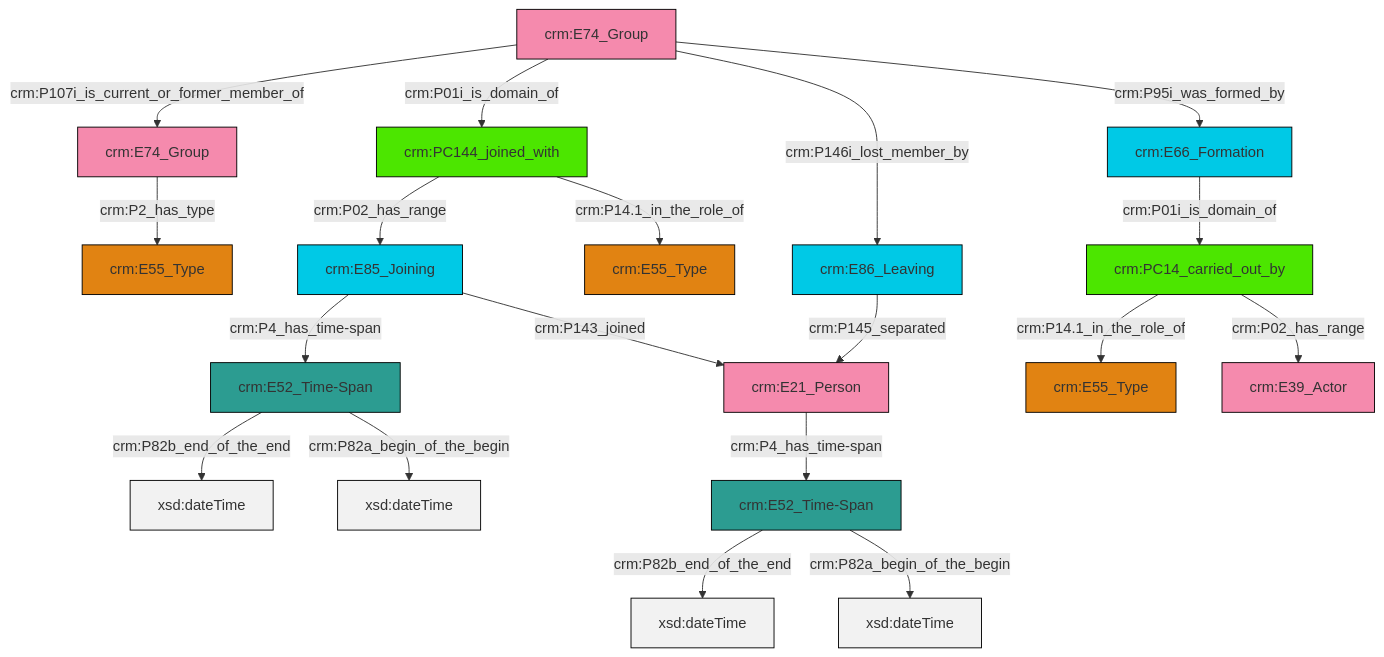
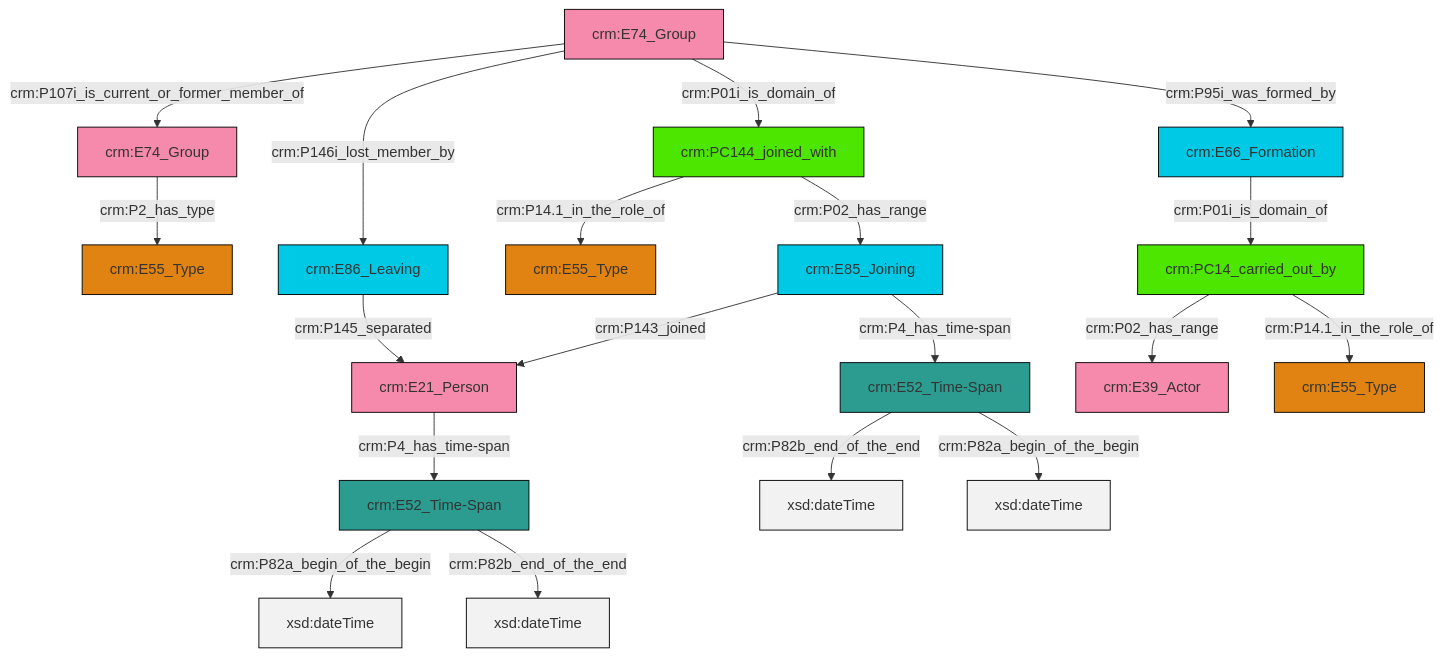
One commit to swiss-art-research-net/reference-data-models changed the diagram in et/groupCSV/ttl/mmd/group_actor_relations.ttl.mmd. Above: the diagram before and after it, drawn with Mermaid. The commit also changed 128 other files, not shown here.

```diff
--- a/et/groupCSV/ttl/mmd/group_actor_relations.ttl.mmd
+++ b/et/groupCSV/ttl/mmd/group_actor_relations.ttl.mmd
@@ -1,33 +1,33 @@
 graph TD
 classDef Literal fill:#f2f2f2,stroke:#000000;
 classDef CRM_Entity fill:#FFFFFF,stroke:#000000;
 classDef Temporal_Entity fill:#00C9E6, stroke:#000000;
 classDef Type fill:#E18312, stroke:#000000;
 classDef Time-Span fill:#2C9C91, stroke:#000000;
 classDef Appellation fill:#FFEB7F, stroke:#000000;
 classDef Place fill:#008836, stroke:#000000;
 classDef Persistent_Item fill:#B266B2, stroke:#000000;
 classDef Conceptual_Object fill:#FFD700, stroke:#000000;
 classDef Physical_Thing fill:#D2B48C, stroke:#000000;
 classDef Actor fill:#f58aad, stroke:#000000;
 classDef PC_Classes fill:#4ce600, stroke:#000000;
 classDef Multi fill:#cccccc,stroke:#000000;
 
+0["crm:PC14_carried_out_by"]:::PC_Classes -->|crm:P02_has_range| 1["crm:E39_Actor"]:::Actor
 2["crm:E52_Time-Span"]:::Time-Span -->|crm:P82b_end_of_the_end| 3[xsd:dateTime]:::Literal
-4["crm:E85_Joining"]:::Temporal_Entity -->|crm:P4_has_time-span| 2["crm:E52_Time-Span"]:::Time-Span
-2["crm:E52_Time-Span"]:::Time-Span -->|crm:P82a_begin_of_the_begin| 5[xsd:dateTime]:::Literal
-6["crm:E21_Person"]:::Actor -->|crm:P4_has_time-span| 7["crm:E52_Time-Span"]:::Time-Span
-10["crm:E74_Group"]:::Actor -->|crm:P01i_is_domain_of| 11["crm:PC144_joined_with"]:::PC_Classes
-10["crm:E74_Group"]:::Actor -->|crm:P95i_was_formed_by| 8["crm:E66_Formation"]:::Temporal_Entity
-15["crm:E74_Group"]:::Actor -->|crm:P2_has_type| 0["crm:E55_Type"]:::Type
-8["crm:E66_Formation"]:::Temporal_Entity -->|crm:P01i_is_domain_of| 18["crm:PC14_carried_out_by"]:::PC_Classes
-10["crm:E74_Group"]:::Actor -->|crm:P146i_lost_member_by| 16["crm:E86_Leaving"]:::Temporal_Entity
-16["crm:E86_Leaving"]:::Temporal_Entity -->|crm:P145_separated| 6["crm:E21_Person"]:::Actor
-7["crm:E52_Time-Span"]:::Time-Span -->|crm:P82b_end_of_the_end| 22[xsd:dateTime]:::Literal
-18["crm:PC14_carried_out_by"]:::PC_Classes -->|crm:P02_has_range| 24["crm:E39_Actor"]:::Actor
-18["crm:PC14_carried_out_by"]:::PC_Classes -->|crm:P14.1_in_the_role_of| 20["crm:E55_Type"]:::Type
-7["crm:E52_Time-Span"]:::Time-Span -->|crm:P82a_begin_of_the_begin| 26[xsd:dateTime]:::Literal
-4["crm:E85_Joining"]:::Temporal_Entity -->|crm:P143_joined| 6["crm:E21_Person"]:::Actor
-10["crm:E74_Group"]:::Actor -->|crm:P107i_is_current_or_former_member_of| 15["crm:E74_Group"]:::Actor
-11["crm:PC144_joined_with"]:::PC_Classes -->|crm:P02_has_range| 4["crm:E85_Joining"]:::Temporal_Entity
-11["crm:PC144_joined_with"]:::PC_Classes -->|crm:P14.1_in_the_role_of| 12["crm:E55_Type"]:::Type
+5["crm:E66_Formation"]:::Temporal_Entity -->|crm:P01i_is_domain_of| 0["crm:PC14_carried_out_by"]:::PC_Classes
+6["crm:E52_Time-Span"]:::Time-Span -->|crm:P82a_begin_of_the_begin| 7[xsd:dateTime]:::Literal
+6["crm:E52_Time-Span"]:::Time-Span -->|crm:P82b_end_of_the_end| 8[xsd:dateTime]:::Literal
+2["crm:E52_Time-Span"]:::Time-Span -->|crm:P82a_begin_of_the_begin| 11[xsd:dateTime]:::Literal
+12["crm:E85_Joining"]:::Temporal_Entity -->|crm:P143_joined| 13["crm:E21_Person"]:::Actor
+14["crm:E74_Group"]:::Actor -->|crm:P107i_is_current_or_former_member_of| 15["crm:E74_Group"]:::Actor
+15["crm:E74_Group"]:::Actor -->|crm:P2_has_type| 17["crm:E55_Type"]:::Type
+14["crm:E74_Group"]:::Actor -->|crm:P146i_lost_member_by| 20["crm:E86_Leaving"]:::Temporal_Entity
+0["crm:PC14_carried_out_by"]:::PC_Classes -->|crm:P14.1_in_the_role_of| 24["crm:E55_Type"]:::Type
+14["crm:E74_Group"]:::Actor -->|crm:P01i_is_domain_of| 9["crm:PC144_joined_with"]:::PC_Classes
+9["crm:PC144_joined_with"]:::PC_Classes -->|crm:P14.1_in_the_role_of| 27["crm:E55_Type"]:::Type
+9["crm:PC144_joined_with"]:::PC_Classes -->|crm:P02_has_range| 12["crm:E85_Joining"]:::Temporal_Entity
+12["crm:E85_Joining"]:::Temporal_Entity -->|crm:P4_has_time-span| 2["crm:E52_Time-Span"]:::Time-Span
+20["crm:E86_Leaving"]:::Temporal_Entity -->|crm:P145_separated| 13["crm:E21_Person"]:::Actor
+13["crm:E21_Person"]:::Actor -->|crm:P4_has_time-span| 6["crm:E52_Time-Span"]:::Time-Span
+14["crm:E74_Group"]:::Actor -->|crm:P95i_was_formed_by| 5["crm:E66_Formation"]:::Temporal_Entity
```
